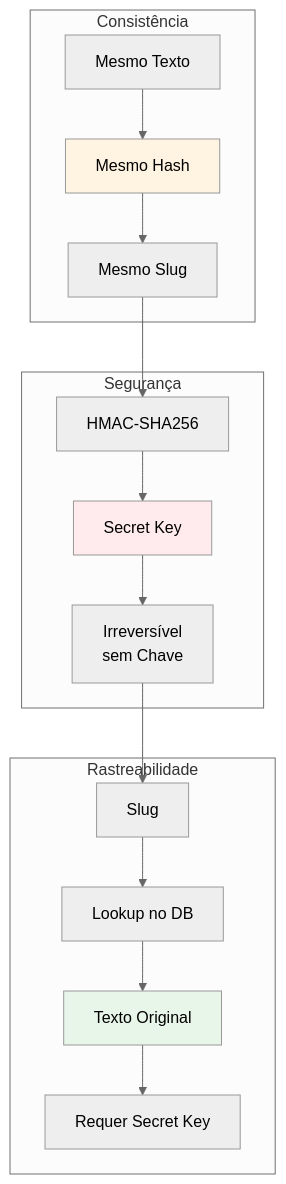
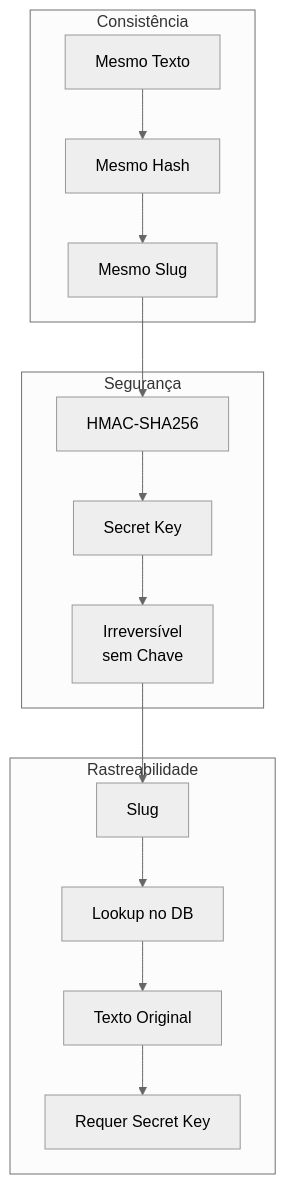
Before and after one commit to AnonShield/anonshield: diagram 18 of 24 in docs/diagrams.md, drawn with Mermaid (neutral theme). The commit also changed other lines of this file, not shown here.

First line of the commit message:
Remove style definitions from diagrams

````diff
--- a/docs/diagrams.md
+++ b/docs/diagrams.md
@@ -988,25 +942,22 @@
 ```mermaid
 graph TD
     subgraph "Consistência"
         A[Mesmo Texto] --> B[Mesmo Hash]
         B --> C[Mesmo Slug]
     end
     
     subgraph "Segurança"
         D[HMAC-SHA256] --> E[Secret Key]
         E --> F[Irreversível<br/>sem Chave]
     end
     
     subgraph "Rastreabilidade"
         G[Slug] --> H[Lookup no DB]
         H --> I[Texto Original]
         I --> J[Requer Secret Key]
     end
     
     C --> D
     F --> G
     
-    style B fill:#fff4e1
-    style E fill:#ffebee
-    style I fill:#e8f5e9
 ```
````
